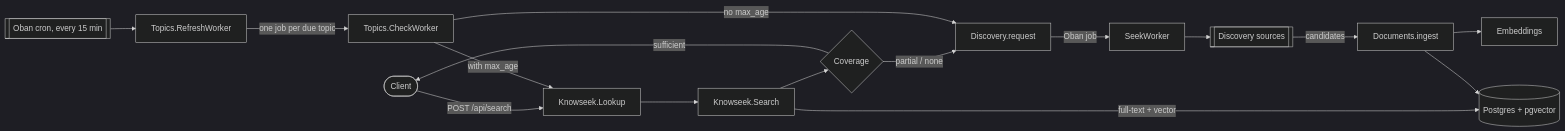
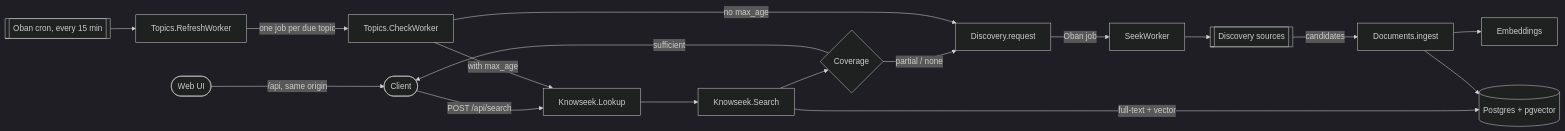
The first of 2 diagrams in docs/ARCHITECTURE.md (williamge/knowseek), drawn with Mermaid (dark theme) before and after one commit. The commit also changed other lines of this file and 43 other files, not shown here.

````diff
--- a/docs/ARCHITECTURE.md
+++ b/docs/ARCHITECTURE.md
@@ -5,18 +5,19 @@
 ```mermaid
 flowchart LR
-    client([Client]) -->|POST /api/search| lookup[Knowseek.Lookup]
+    web([Web UI]) -->|/api, same origin| client([Client])
+    client -->|POST /api/search| lookup[Knowseek.Lookup]
     lookup --> search[Knowseek.Search]
     search -->|full-text + vector| pg[(Postgres + pgvector)]
     search --> coverage{Coverage}
     coverage -->|sufficient| client
     coverage -->|partial / none| enqueue[Discovery.request]
     enqueue -->|Oban job| seek[SeekWorker]
     seek --> sources[[Discovery sources]]
     sources -->|candidates| ingest[Documents.ingest]
     ingest --> embed[Embeddings]
     ingest --> pg
     cron[[Oban cron, every 15 min]] --> refresh[Topics.RefreshWorker]
     refresh -->|one job per due topic| check[Topics.CheckWorker]
     check -->|no max_age| enqueue
     check -->|with max_age| lookup
 ```
````
